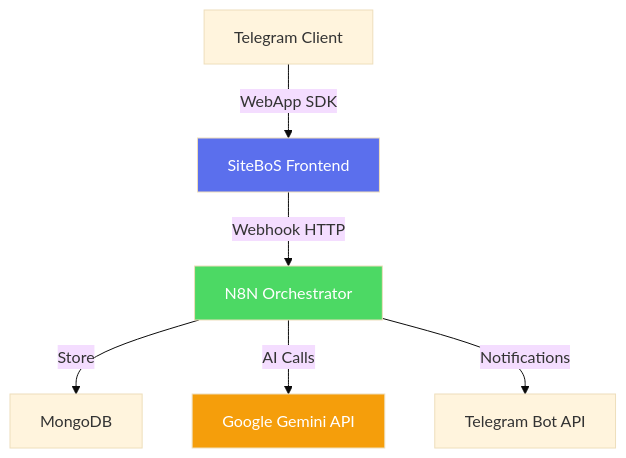
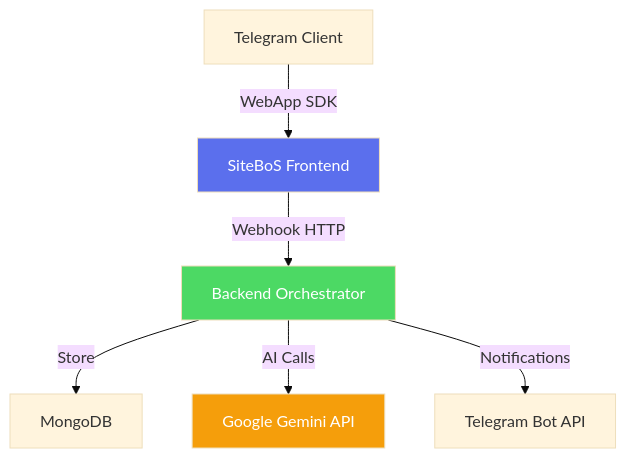
One commit to SimonAiIT/SiteBoS-MiniApp changed the diagram in docs/01-OVERVIEW.md. Above: the diagram before and after it, drawn with Mermaid (base theme). The commit also changed other lines of this file, not shown here.

````diff
--- a/docs/01-OVERVIEW.md
+++ b/docs/01-OVERVIEW.md
@@ -29,12 +29,12 @@
 ```mermaid
 graph TD
     A[Telegram Client] -->|WebApp SDK| B[SiteBoS Frontend]
-    B -->|Webhook HTTP| C[N8N Orchestrator]
+    B -->|Webhook HTTP| C[Backend Orchestrator]
     C -->|Store| D[MongoDB]
     C -->|AI Calls| E[Google Gemini API]
     C -->|Notifications| F[Telegram Bot API]
     
     style B fill:#5b6fed,color:#fff
     style C fill:#4cd964,color:#fff
     style E fill:#f59e0b,color:#fff
 ```
````
